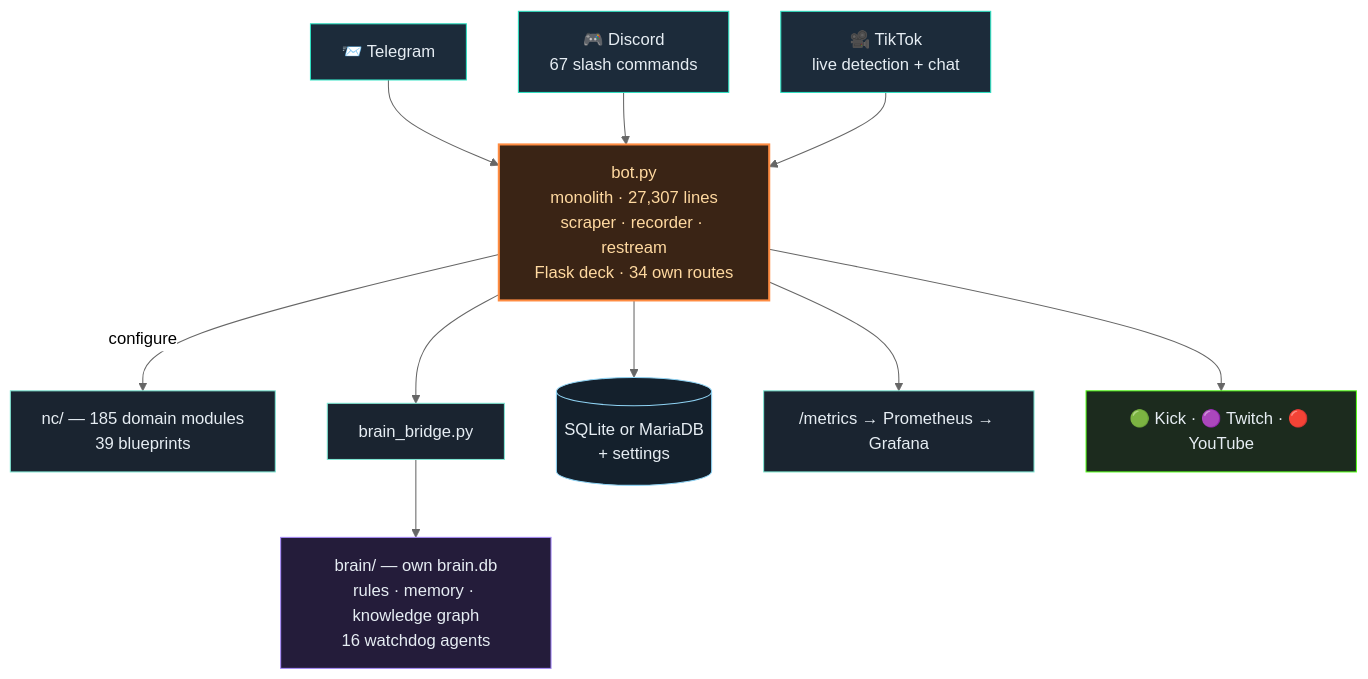
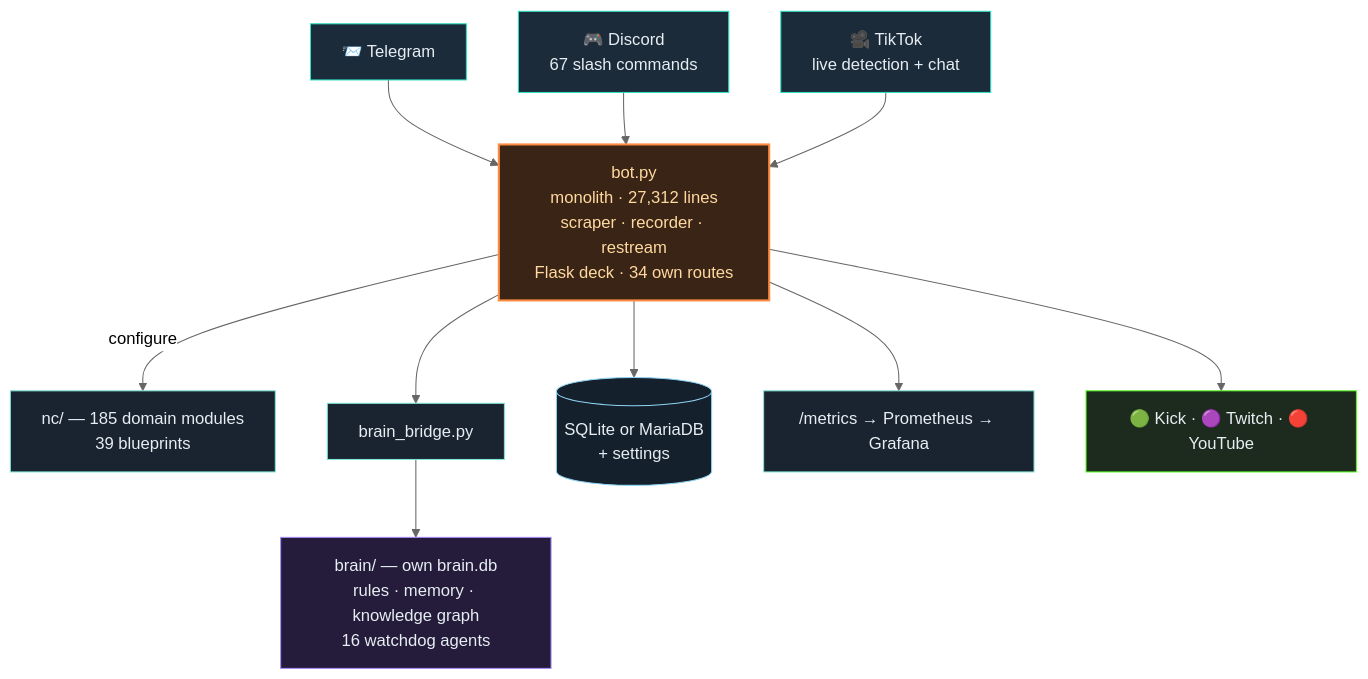
Before and after one commit to itsamemedev/Telegram-Stream-Info-Bot: the second of 3 diagrams in README.en.md, drawn with Mermaid (neutral theme). The commit also changed other lines of this file and 11 other files, not shown here.

````diff
--- a/README.en.md
+++ b/README.en.md
@@ -119,19 +119,19 @@
 ```mermaid
 flowchart TB
     TG["📨 Telegram"]:::ein --> BOT
     DC["🎮 Discord<br/>67 slash commands"]:::ein --> BOT
     TT["🎥 TikTok<br/>live detection + chat"]:::ein --> BOT
-    BOT["bot.py<br/>monolith · 27,307 lines<br/>scraper · recorder · restream<br/>Flask deck · 34 own routes"]:::core
+    BOT["bot.py<br/>monolith · 27,312 lines<br/>scraper · recorder · restream<br/>Flask deck · 34 own routes"]:::core
     BOT -->|configure| NC["nc/ — 185 domain modules<br/>39 blueprints"]:::lib
     BOT --> BR["brain_bridge.py"]:::lib
     BR --> BRAIN["brain/ — own brain.db<br/>rules · memory · knowledge graph<br/>16 watchdog agents"]:::brain
     BOT --> DB[("SQLite or MariaDB<br/>+ settings")]:::db
     BOT --> PROM["/metrics → Prometheus → Grafana"]:::lib
     BOT --> OUT["🟢 Kick · 🟣 Twitch · 🔴 YouTube"]:::out
     classDef ein fill:#1c2b3a,stroke:#2de1c2,color:#e6edf3
     classDef core fill:#3a2415,stroke:#ff8c42,stroke-width:2px,color:#ffd9a0
     classDef lib fill:#1a2430,stroke:#7fe7d4,color:#e6edf3
     classDef brain fill:#241c3a,stroke:#a78bfa,color:#e6edf3
     classDef db fill:#14202c,stroke:#8fd3f4,color:#e6edf3
     classDef out fill:#1c2b1e,stroke:#53fc18,color:#e6edf3
 ```
````
